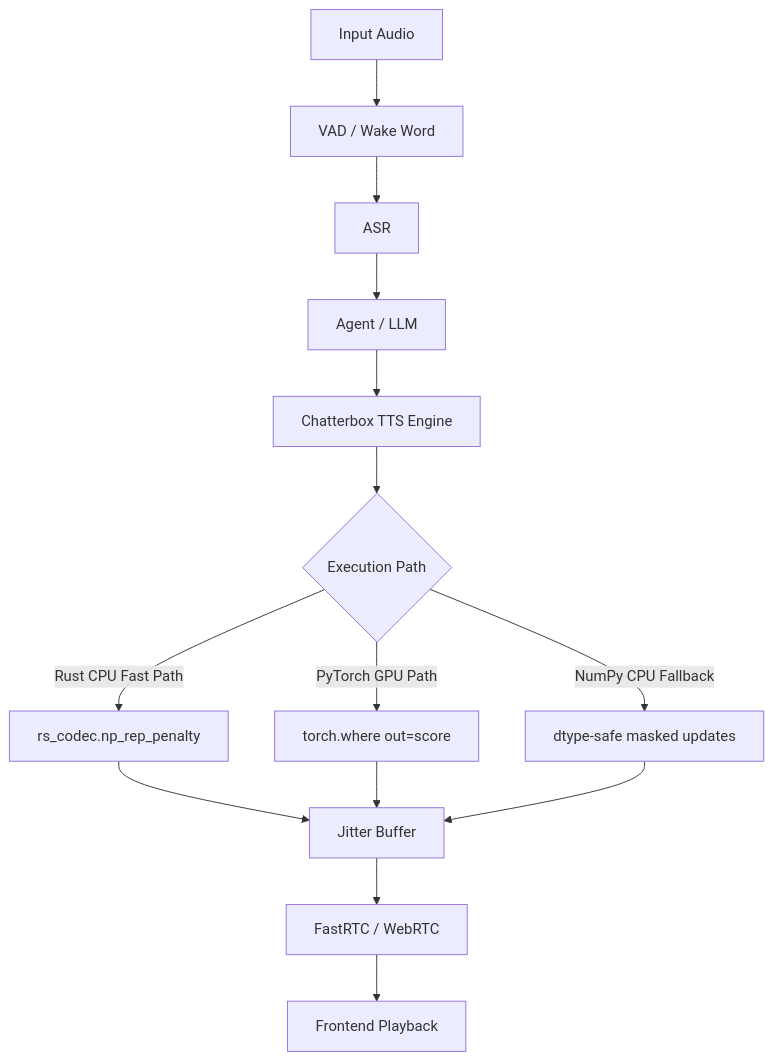
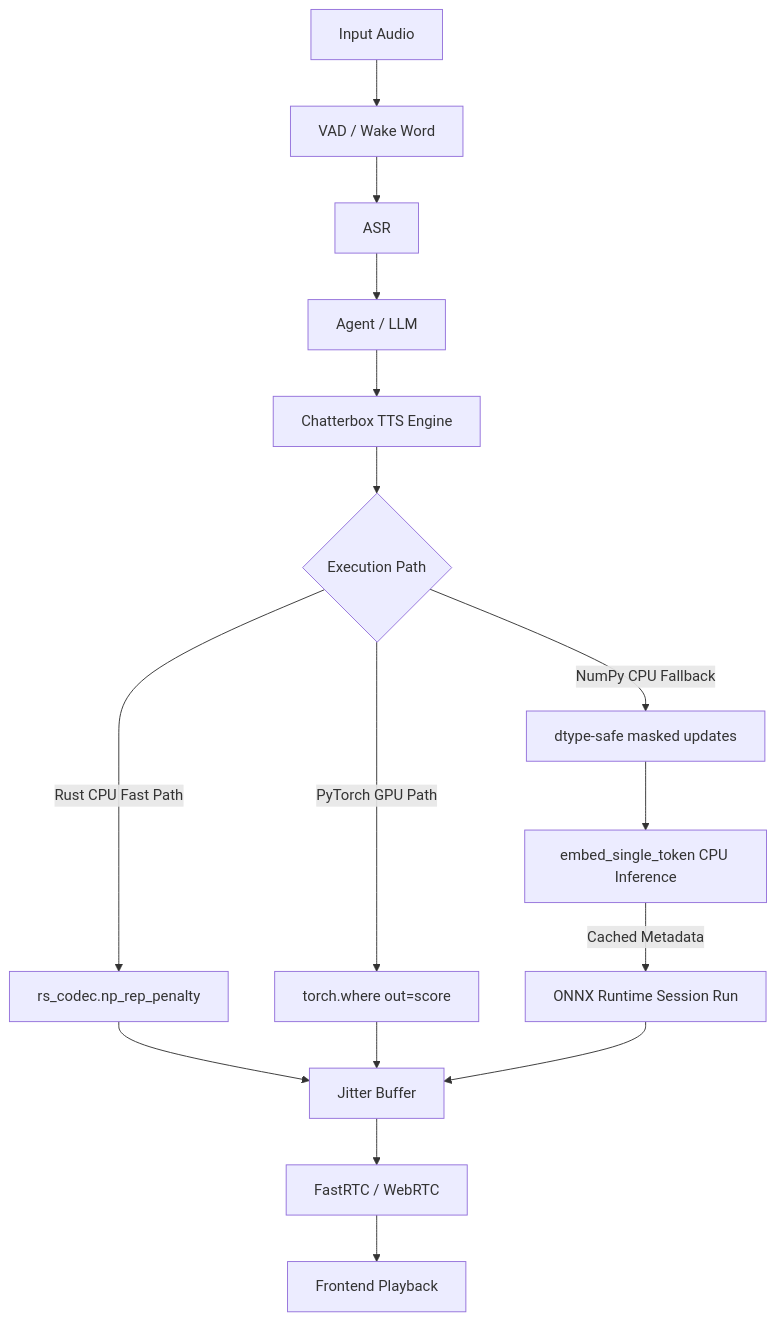
One commit to carlosfundora/gfxATOM changed the diagram in .agents/reports/auralis-audio-optimization.md. Above: the diagram before and after it, drawn with Mermaid. The commit also changed other lines of this file and 4 other files, not shown here.

First line of the commit message:
perf(audio): hoist ONNX graph metadata queries in TTS fallback

````diff
--- a/.agents/reports/auralis-audio-optimization.md
+++ b/.agents/reports/auralis-audio-optimization.md
@@ -38,16 +45,18 @@
 ```mermaid
 flowchart TD
     A[Input Audio] --> B[VAD / Wake Word]
     B --> C[ASR]
     C --> D[Agent / LLM]
     D --> E[Chatterbox TTS Engine]
     E --> F{Execution Path}
     F -- Rust CPU Fast Path --> G[rs_codec.np_rep_penalty]
     F -- PyTorch GPU Path --> H[torch.where out=score]
     F -- NumPy CPU Fallback --> I[dtype-safe masked updates]
+    I --> CPUPath[embed_single_token CPU Inference]
+    CPUPath -- Cached Metadata --> CPUPathRun[ONNX Runtime Session Run]
     G --> J[Jitter Buffer]
     H --> J
-    I --> J
+    CPUPathRun --> J
     J --> K[FastRTC / WebRTC]
     K --> L[Frontend Playback]
 ```
````
